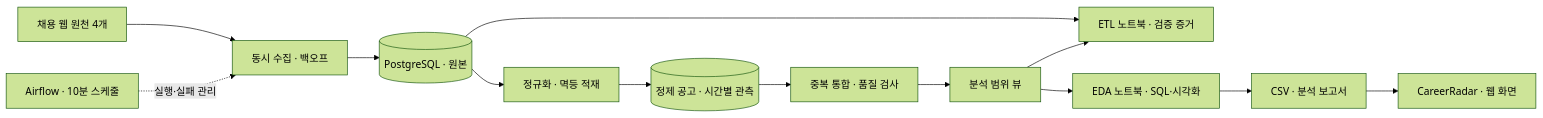
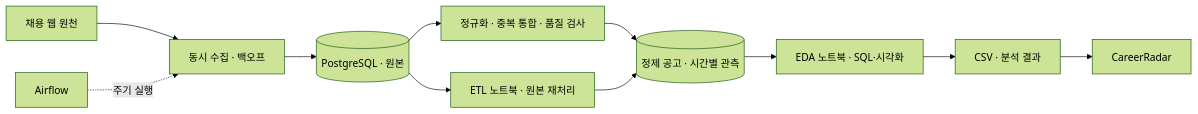
One commit to Ryu-Jemu/job-platform-pipeline changed the diagram in README.md. Above: the diagram before and after it, drawn with Mermaid (forest theme). The commit also changed other lines of this file and 2 other files, not shown here.

````diff
--- a/README.md
+++ b/README.md
@@ -47,15 +21,13 @@
 ```mermaid
 flowchart LR
-    Sources["채용 웹 원천 4개"] --> Collector["동시 수집 · 백오프"]
-    Airflow["Airflow · 10분 스케줄"] -. "실행·실패 관리" .-> Collector
-    Collector --> Raw[("PostgreSQL · 원본")]
-    Raw --> Transform["정규화 · 멱등 적재"]
+    Sources["채용 웹 원천"] --> Collect["동시 수집 · 백오프"]
+    Airflow["Airflow"] -. "주기 실행" .-> Collect
+    Collect --> Raw[("PostgreSQL · 원본")]
+    Raw --> Transform["정규화 · 중복 통합 · 품질 검사"]
     Transform --> Clean[("정제 공고 · 시간별 관측")]
-    Clean --> Dedup["중복 통합 · 품질 검사"]
-    Dedup --> Views["분석 범위 뷰"]
-    Raw --> ETL["ETL 노트북 · 검증 증거"]
-    Views --> ETL
-    Views --> EDA["EDA 노트북 · SQL·시각화"]
-    EDA --> Exports["CSV · 분석 보고서"]
-    Exports --> Web["CareerRadar · 웹 화면"]
+    Raw --> ETL["ETL 노트북 · 원본 재처리"]
+    ETL --> Clean
+    Clean --> EDA["EDA 노트북 · SQL·시각화"]
+    EDA --> Export["CSV · 분석 결과"]
+    Export --> Web["CareerRadar"]
 ```
````
